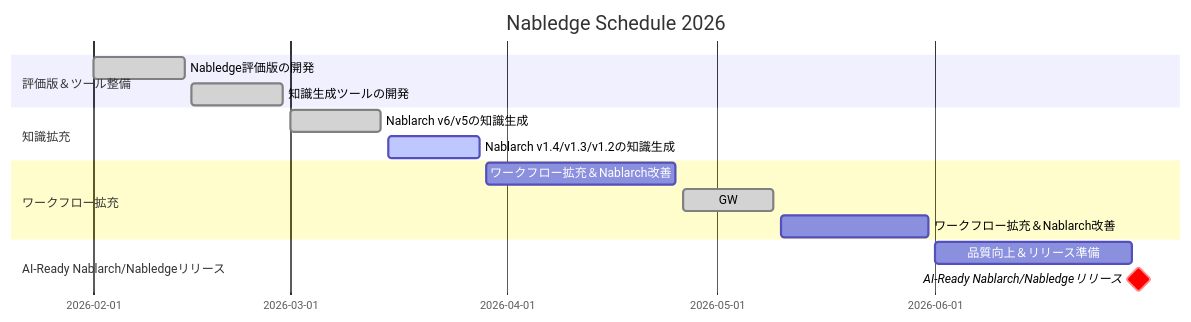
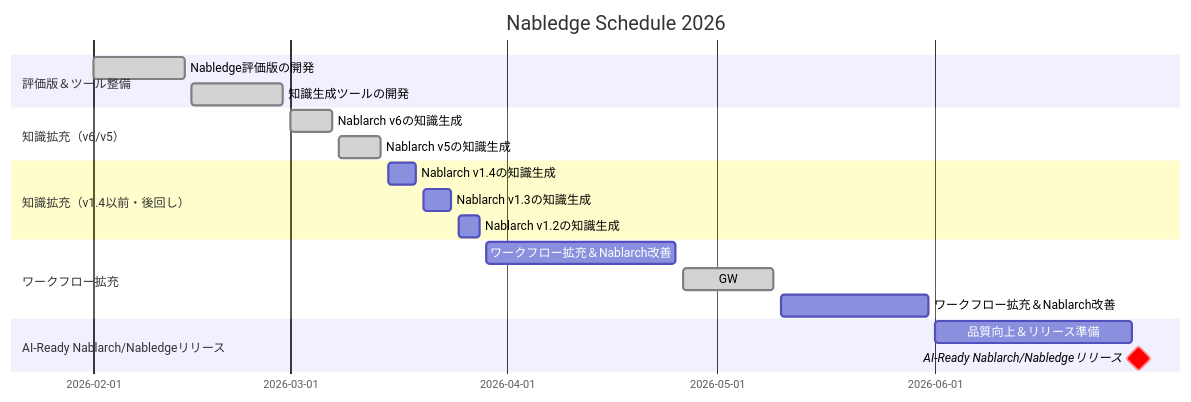
The diagram in docs/development-status.md (nablarch/nabledge-dev), drawn with Mermaid before and after one commit. The commit also changed other lines of this file, not shown here.

Commit message:
docs: update development-status with priority scope and schedule items
- Expand 知識のカバー範囲 to show full version scope (v6/v5/v1.4/v1.3/v1.2)
- Split 知識拡充 Gantt section into v6/v5 (done) and v1.4以前・後回し
- Show each version as individual bar (v6, v5, v1.4, v1.3, v1.2)
- Add ワークフロー拡充・Nablarch改善 discussion items to Schedule

````diff
--- a/docs/development-status.md
+++ b/docs/development-status.md
@@ -19,22 +19,27 @@
 ```mermaid
 gantt
     title Nabledge Schedule 2026
     dateFormat YYYY-MM-DD
 
     section 評価版＆ツール整備
     Nabledge評価版の開発             :done, 2026-02-01, 2026-02-14
     知識生成ツールの開発             :done, 2026-02-15, 2026-02-28
 
-    section 知識拡充
-    Nablarch v6/v5の知識生成        :done, 2026-03-01, 2026-03-14
-    Nablarch v1.4/v1.3/v1.2の知識生成 :active, 2026-03-15, 2026-03-28
+    section 知識拡充（v6/v5）
+    Nablarch v6の知識生成           :done, 2026-03-01, 2026-03-07
+    Nablarch v5の知識生成           :done, 2026-03-08, 2026-03-14
+
+    section 知識拡充（v1.4以前・後回し）
+    Nablarch v1.4の知識生成         :2026-03-15, 2026-03-19
+    Nablarch v1.3の知識生成         :2026-03-20, 2026-03-24
+    Nablarch v1.2の知識生成         :2026-03-25, 2026-03-28
 
     section ワークフロー拡充
     ワークフロー拡充＆Nablarch改善    :2026-03-29, 2026-04-25
     GW                             :done, 2026-04-26, 2026-05-09
     ワークフロー拡充＆Nablarch改善    :2026-05-10, 2026-05-31
 
     section AI-Ready Nablarch/Nabledgeリリース
     品質向上＆リリース準備                        :2026-06-01, 2026-06-29
     AI-Ready Nablarch/Nabledgeリリース          :crit, milestone, 2026-06-30, 0d
 ```
````
